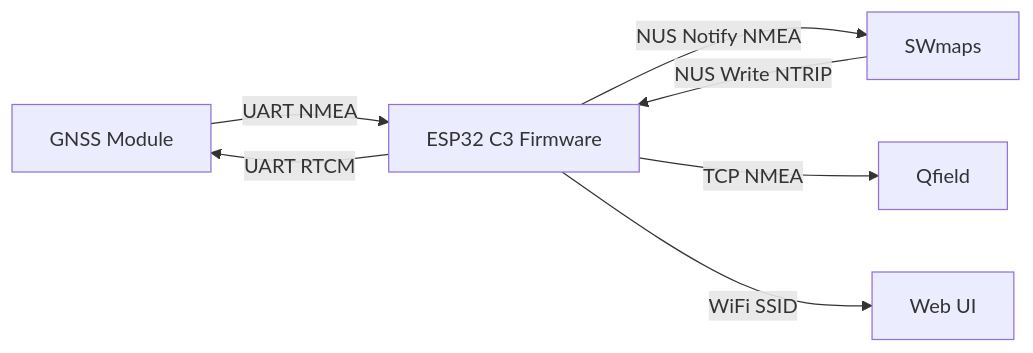
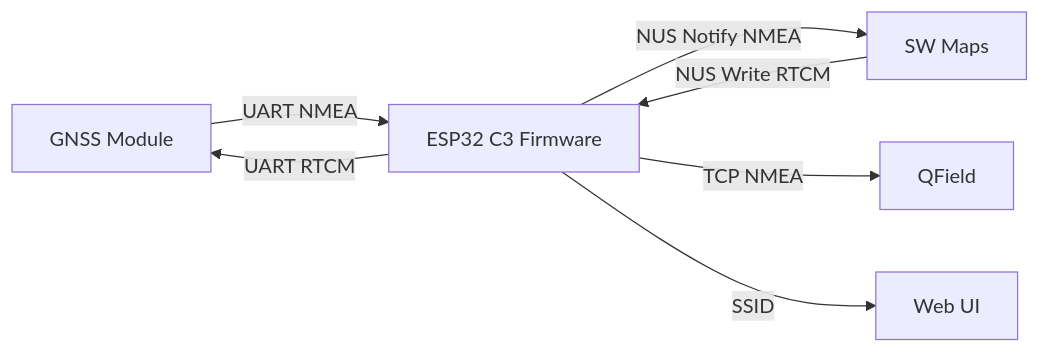
One commit to entr0-pi/gnss changed the diagram in README.md. Above: the diagram before and after it, drawn with Mermaid.

````diff
--- a/README.md
+++ b/README.md
@@ -69,9 +69,9 @@
 ```mermaid
 flowchart LR
   GNSS[GNSS Module] -->|UART NMEA| ESP32C3[ESP32 C3 Firmware]
   ESP32C3 -->|UART RTCM| GNSS
-  ESP32C3 -->|NUS Notify NMEA| USER[SWmaps]
-  USER -->|NUS Write NTRIP| ESP32C3
-  ESP32C3 -->|TCP NMEA| TCP[Qfield]
-  ESP32C3 -->|WiFi SSID| WIFI[Web UI]
+  ESP32C3 -->|NUS Notify NMEA| USER[SW Maps]
+  USER -->|NUS Write RTCM| ESP32C3
+  ESP32C3 -->|TCP NMEA| TCP[QField]
+  ESP32C3 -->|SSID| WIFI[Web UI]
 ```
````
